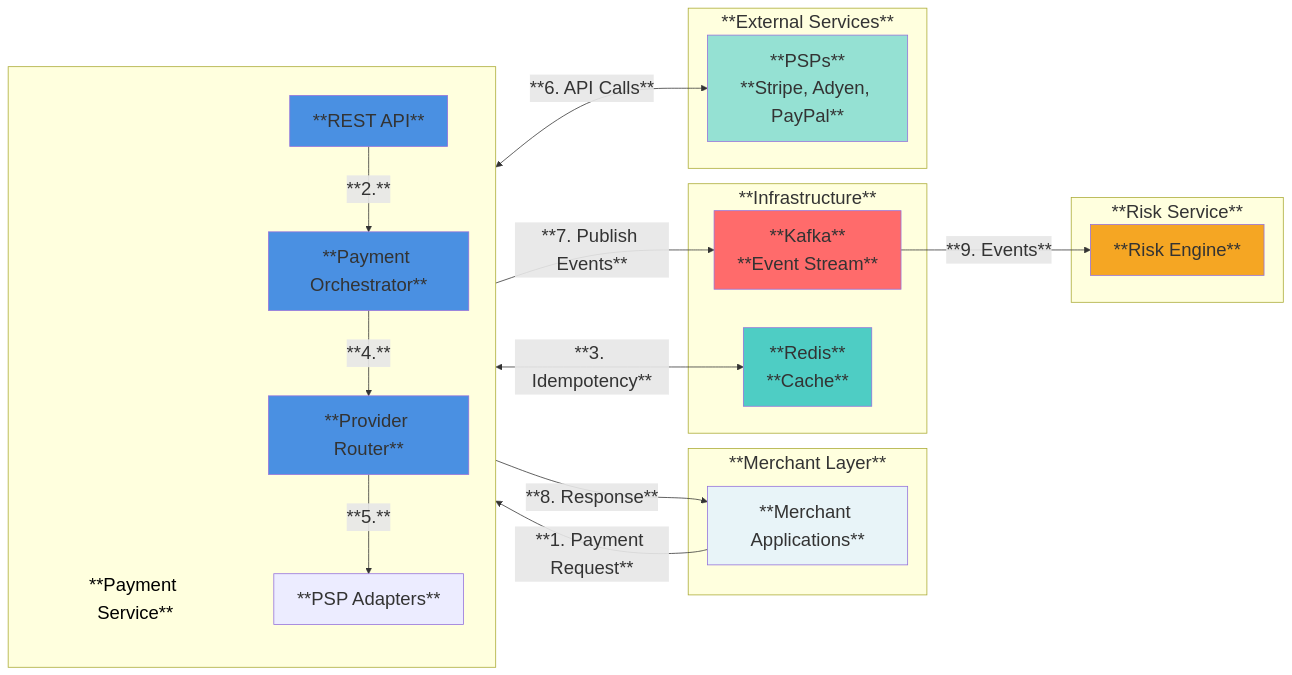
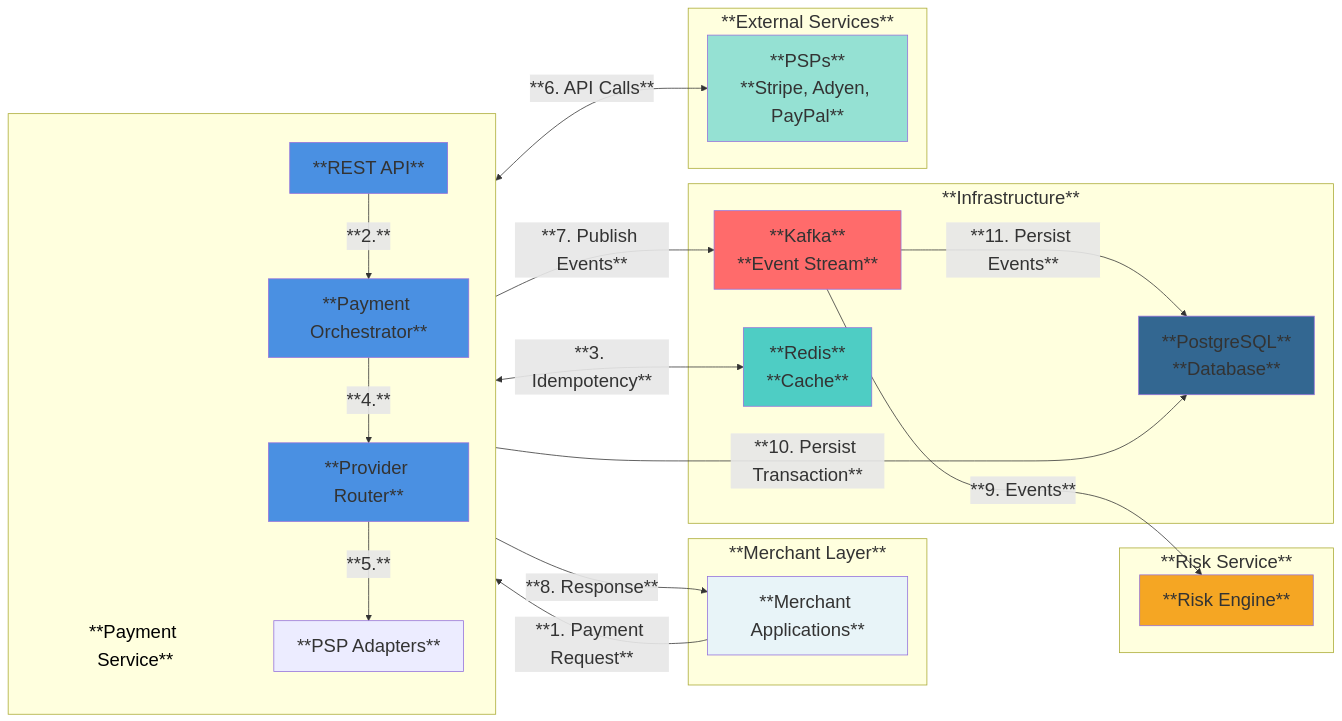
Before and after one commit to mehal1/payment-integration-framework: the first of 3 diagrams in README.md, drawn with Mermaid. The commit also changed other lines of this file and 20 other files, not shown here.

Commit message:
Add PostgreSQL persistence for payments, events, and risk alerts : Includes Flyway migrations, JPA entities, persistence service, and setup documentation.

````diff
--- a/README.md
+++ b/README.md
@@ -107,59 +110,63 @@
 ```mermaid
 ---
 config:
   themeVariables:
     fontSize: 24px
     fontFamily: ''
     primaryTextColor: '#000000'
     lineColor: '#333333'
     primaryBorderColor: '#333333'
     subgraphPadding: 50
   layout: dagre
 ---
 graph LR
     subgraph ML["**Merchant Layer**"]
         MerchantApps[**Merchant Applications**]
     end
 
     subgraph PS[" "]
         direction TB
         PSLabel["**Payment Service**"]
         API[**REST API**]
         Orchestrator[**Payment Orchestrator**]
         Router[**Provider Router**]
         Adapters[**PSP Adapters**]
     end
 
     subgraph DL["**Infrastructure**"]
         Kafka[**Kafka**<br/>**Event Stream**]
         Redis[**Redis**<br/>**Cache**]
+        PostgreSQL[**PostgreSQL**<br/>**Database**]
     end
 
     subgraph RS["**Risk Service**"]
         RiskEngine[**Risk Engine**]
     end
 
     subgraph ES["**External Services**"]
         PSPs[**PSPs**<br/>**Stripe, Adyen, PayPal**]
     end
 
     MerchantApps -->|**1. Payment Request**| API
     API -->|**2.**| Orchestrator
     Orchestrator <-->|**3. Idempotency**| Redis
     Orchestrator -->|**4.**| Router
     Router -->|**5.**| Adapters
     Adapters <-->|**6. API Calls**| PSPs
     Orchestrator -->|**7. Publish Events**| Kafka
+    Orchestrator -->|**10. Persist Transaction**| PostgreSQL
     Kafka -->|**9. Events**| RiskEngine
+    Kafka -->|**11. Persist Events**| PostgreSQL
     API -->|**8. Response**| MerchantApps
 
     style API fill:#4A90E2
     style Orchestrator fill:#4A90E2
     style Router fill:#4A90E2
     style Kafka fill:#FF6B6B
     style Redis fill:#4ECDC4
+    style PostgreSQL fill:#336791
     style PSPs fill:#95E1D3
     style MerchantApps fill:#E8F4F8
     style PSLabel fill:transparent,stroke:transparent,color:#000000
     style RiskEngine fill:#F5A623
 ```
````
